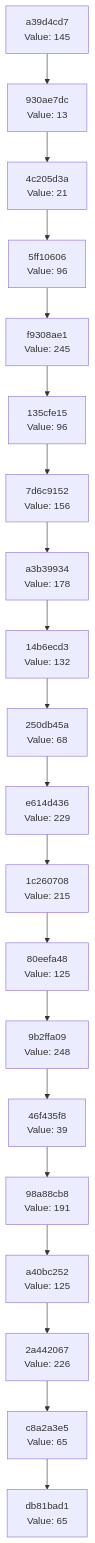
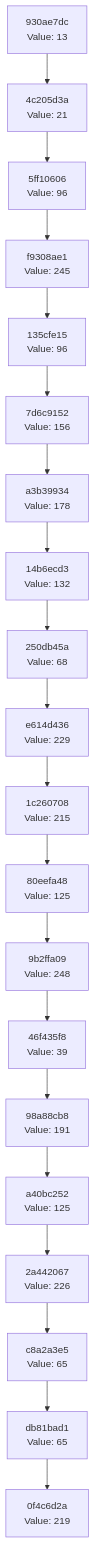
One commit to Abhisheksinha1506/hash-chain-evolver changed the diagram in docs/CHAIN_VISUALIZATION.md. Above: the diagram before and after it, drawn with Mermaid. The commit also changed 1 other file, not shown here.

Commit message:
Evolution step: hash 0xDB → action executed

````diff
--- a/docs/CHAIN_VISUALIZATION.md
+++ b/docs/CHAIN_VISUALIZATION.md
@@ -3,42 +3,42 @@
 ```mermaid
 graph TD
-    C0["db81bad1<br/>Value: 65"]
-    C1["c8a2a3e5<br/>Value: 65"]
+    C0["0f4c6d2a<br/>Value: 219"]
+    C1["db81bad1<br/>Value: 65"]
     C1 --> C0
-    C2["2a442067<br/>Value: 226"]
+    C2["c8a2a3e5<br/>Value: 65"]
     C2 --> C1
-    C3["a40bc252<br/>Value: 125"]
+    C3["2a442067<br/>Value: 226"]
     C3 --> C2
-    C4["98a88cb8<br/>Value: 191"]
+    C4["a40bc252<br/>Value: 125"]
     C4 --> C3
-    C5["46f435f8<br/>Value: 39"]
+    C5["98a88cb8<br/>Value: 191"]
     C5 --> C4
-    C6["9b2ffa09<br/>Value: 248"]
+    C6["46f435f8<br/>Value: 39"]
     C6 --> C5
-    C7["80eefa48<br/>Value: 125"]
+    C7["9b2ffa09<br/>Value: 248"]
     C7 --> C6
-    C8["1c260708<br/>Value: 215"]
+    C8["80eefa48<br/>Value: 125"]
     C8 --> C7
-    C9["e614d436<br/>Value: 229"]
+    C9["1c260708<br/>Value: 215"]
     C9 --> C8
-    C10["250db45a<br/>Value: 68"]
+    C10["e614d436<br/>Value: 229"]
     C10 --> C9
-    C11["14b6ecd3<br/>Value: 132"]
+    C11["250db45a<br/>Value: 68"]
     C11 --> C10
-    C12["a3b39934<br/>Value: 178"]
+    C12["14b6ecd3<br/>Value: 132"]
     C12 --> C11
-    C13["7d6c9152<br/>Value: 156"]
+    C13["a3b39934<br/>Value: 178"]
     C13 --> C12
-    C14["135cfe15<br/>Value: 96"]
+    C14["7d6c9152<br/>Value: 156"]
     C14 --> C13
-    C15["f9308ae1<br/>Value: 245"]
+    C15["135cfe15<br/>Value: 96"]
     C15 --> C14
-    C16["5ff10606<br/>Value: 96"]
+    C16["f9308ae1<br/>Value: 245"]
     C16 --> C15
-    C17["4c205d3a<br/>Value: 21"]
+    C17["5ff10606<br/>Value: 96"]
     C17 --> C16
-    C18["930ae7dc<br/>Value: 13"]
+    C18["4c205d3a<br/>Value: 21"]
     C18 --> C17
-    C19["a39d4cd7<br/>Value: 145"]
+    C19["930ae7dc<br/>Value: 13"]
     C19 --> C18
 ```
````
